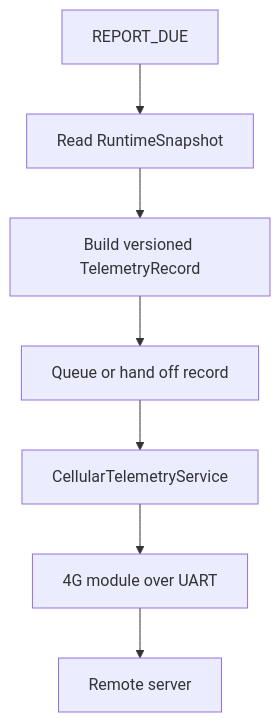
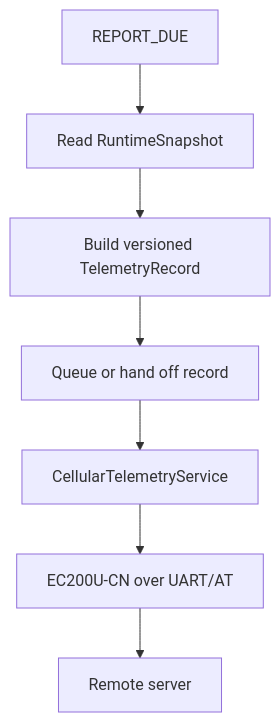
Before and after one commit to whoisLePhuc/smart-water-flow-pressure-monitor: the sixth of 7 diagrams in 1.docs/00_overview/03_operating_principle.md, drawn with Mermaid. The commit also changed other lines of this file and 14 other files, not shown here.

````diff
--- a/1.docs/00_overview/03_operating_principle.md
+++ b/1.docs/00_overview/03_operating_principle.md
@@ -819,9 +819,9 @@
 ```mermaid
 flowchart TD
     DUE["REPORT_DUE"] --> READ["Read RuntimeSnapshot"]
     READ --> BUILD["Build versioned TelemetryRecord"]
     BUILD --> QUEUE["Queue or hand off record"]
     QUEUE --> SEND["CellularTelemetryService"]
-    SEND --> MODEM["4G module over UART"]
+    SEND --> MODEM["EC200U-CN over UART/AT"]
     MODEM --> SERVER["Remote server"]
 ```
````
